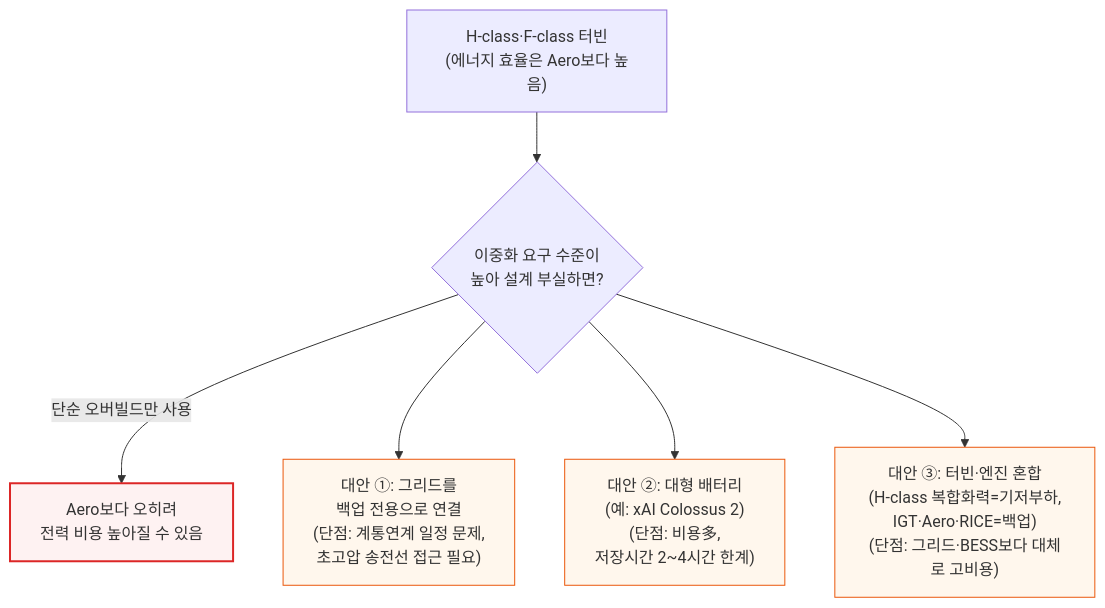
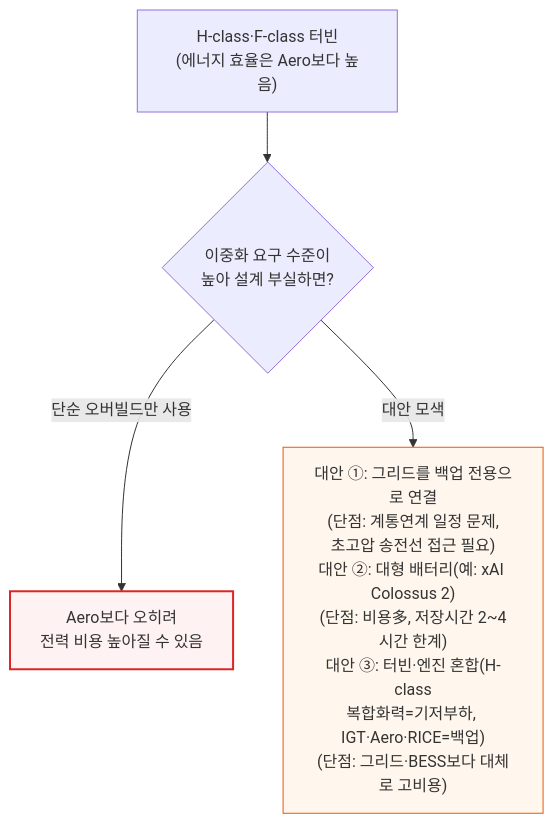
Diagram 24 of 34 in 원본 해석/[251231] AI 랩들은 어떻게 전력난을 해결하는가 - 온사이트 가스 딥다이브.md (yohan4477/semi-report), drawn with Mermaid before and after one commit. The commit also changed other lines of this file, not shown here.

First line of the commit message:
Fix all remaining diagram width violations in onsite gas doc (v14.0)

````diff
--- a/원본 해석/[251231] AI 랩들은 어떻게 전력난을 해결하는가 - 온사이트 가스 딥다이브.md
+++ b/원본 해석/[251231] AI 랩들은 어떻게 전력난을 해결하는가 - 온사이트 가스 딥다이브.md
@@ -760,14 +714,9 @@
 ```mermaid
 flowchart TD
     HFClass["H-class·F-class 터빈<br/>(에너지 효율은 Aero보다 높음)"] --> Problem{"이중화 요구 수준이<br/>높아 설계 부실하면?"}
     Problem -->|"단순 오버빌드만 사용"| Expensive["Aero보다 오히려<br/>전력 비용 높아질 수 있음"]
-
-    Problem --> Alt1["대안 ①: 그리드를<br/>백업 전용으로 연결<br/>(단점: 계통연계 일정 문제,<br/>초고압 송전선 접근 필요)"]
-    Problem --> Alt2["대안 ②: 대형 배터리<br/>(예: xAI Colossus 2)<br/>(단점: 비용多,<br/>저장시간 2~4시간 한계)"]
-    Problem --> Alt3["대안 ③: 터빈·엔진 혼합<br/>(H-class 복합화력=기저부하,<br/>IGT·Aero·RICE=백업)<br/>(단점: 그리드·BESS보다 대체로 고비용)"]
+    Problem -->|"대안 모색"| Alternatives["대안 ①: 그리드를 백업 전용으로 연결<br/>(단점: 계통연계 일정 문제,<br/>초고압 송전선 접근 필요)<br/>대안 ②: 대형 배터리(예: xAI Colossus 2)<br/>(단점: 비용多, 저장시간 2~4시간 한계)<br/>대안 ③: 터빈·엔진 혼합(H-class<br/>복합화력=기저부하, IGT·Aero·RICE=백업)<br/>(단점: 그리드·BESS보다 대체로 고비용)"]
 
     style Expensive fill:#fef2f2,stroke:#dc2626,stroke-width:2px
-    style Alt1 fill:#fff7ed,stroke:#ea580c
-    style Alt2 fill:#fff7ed,stroke:#ea580c
-    style Alt3 fill:#fff7ed,stroke:#ea580c
+    style Alternatives fill:#fff7ed,stroke:#ea580c
 ```
````
